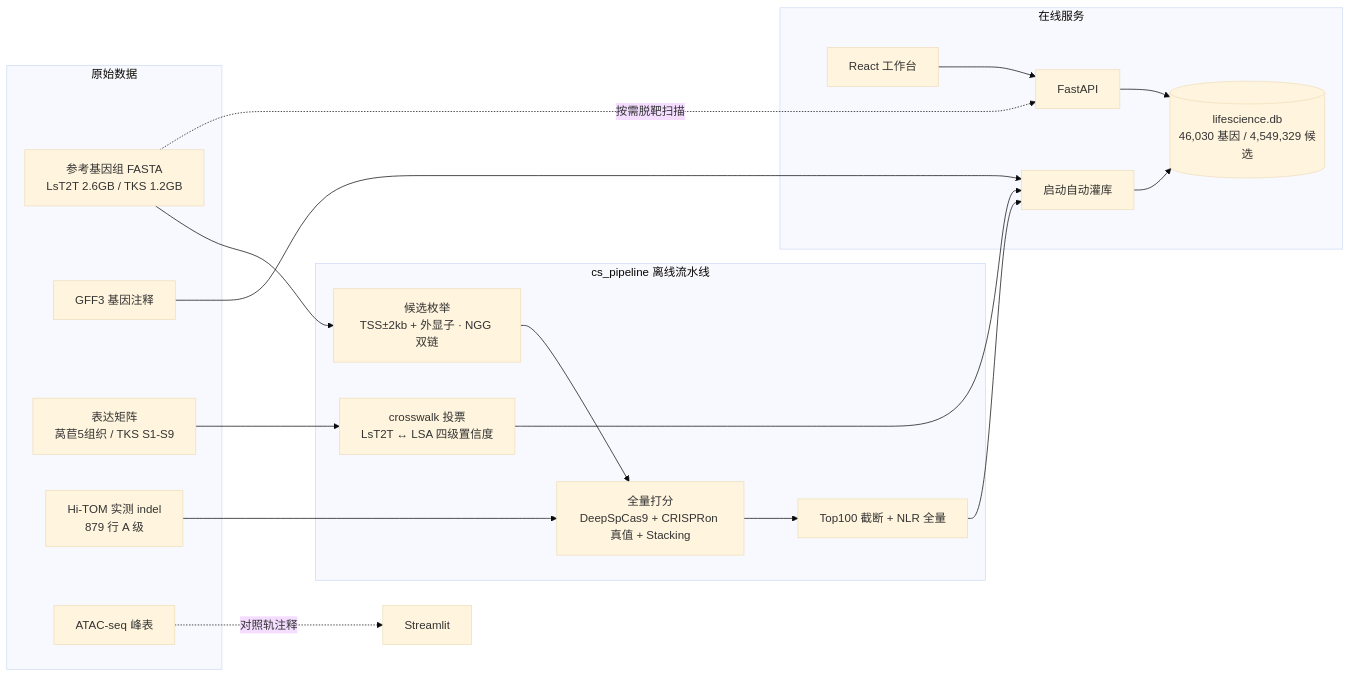
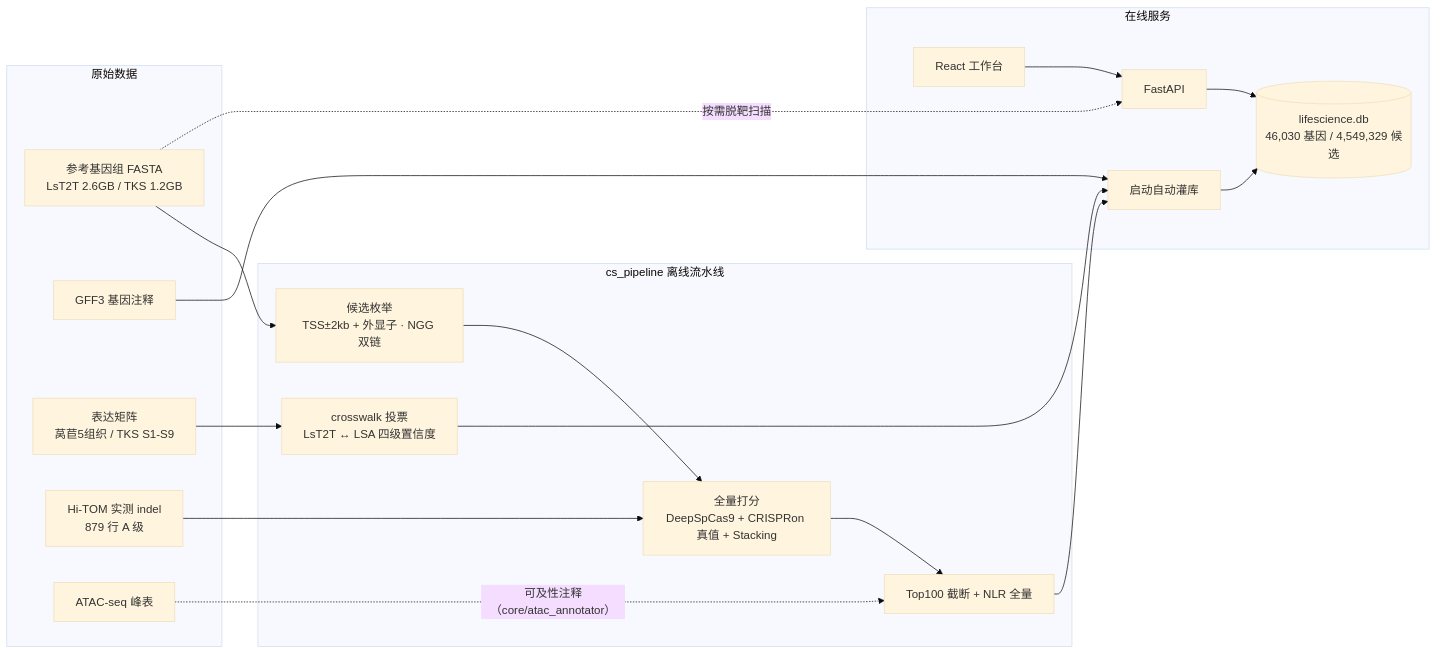
The second of 2 diagrams in cs_pipeline/docs/USER_MANUAL.md (2095262816ght-cpu/asteraceae-grna-design), drawn with Mermaid (base theme) before and after one commit. The commit also changed other lines of this file and 42 other files, not shown here.

````diff
--- a/cs_pipeline/docs/USER_MANUAL.md
+++ b/cs_pipeline/docs/USER_MANUAL.md
@@ -174,30 +166,30 @@
 ```mermaid
 flowchart LR
     subgraph Data [原始数据]
         FA[参考基因组 FASTA<br/>LsT2T 2.6GB / TKS 1.2GB]
         GFF[GFF3 基因注释]
         EXP[表达矩阵<br/>莴苣5组织 / TKS S1-S9]
         HITOM[Hi-TOM 实测 indel<br/>879 行 A 级]
         ATAC2[ATAC-seq 峰表]
     end
 
     subgraph Pipeline [cs_pipeline 离线流水线]
         SCAN[候选枚举<br/>TSS±2kb + 外显子 · NGG 双链]
         SCORE[全量打分<br/>DeepSpCas9 + CRISPRon 真值 + Stacking]
         XW[crosswalk 投票<br/>LsT2T ↔ LSA 四级置信度]
         TOP100[Top100 截断 + NLR 全量]
     end
 
     subgraph Online [在线服务]
         SEED[启动自动灌库] --> DB2[(lifescience.db<br/>46,030 基因 / 4,549,329 候选)]
         API2[FastAPI] --> DB2
         UI2[React 工作台] --> API2
     end
 
     FA --> SCAN --> SCORE --> TOP100 --> SEED
     HITOM --> SCORE
     EXP --> XW --> SEED
     GFF --> SEED
     FA -.按需脱靶扫描.-> API2
-    ATAC2 -.对照轨注释.-> ST2[Streamlit]
+    ATAC2 -.可及性注释（core/atac_annotator）.-> TOP100
 ```
````
